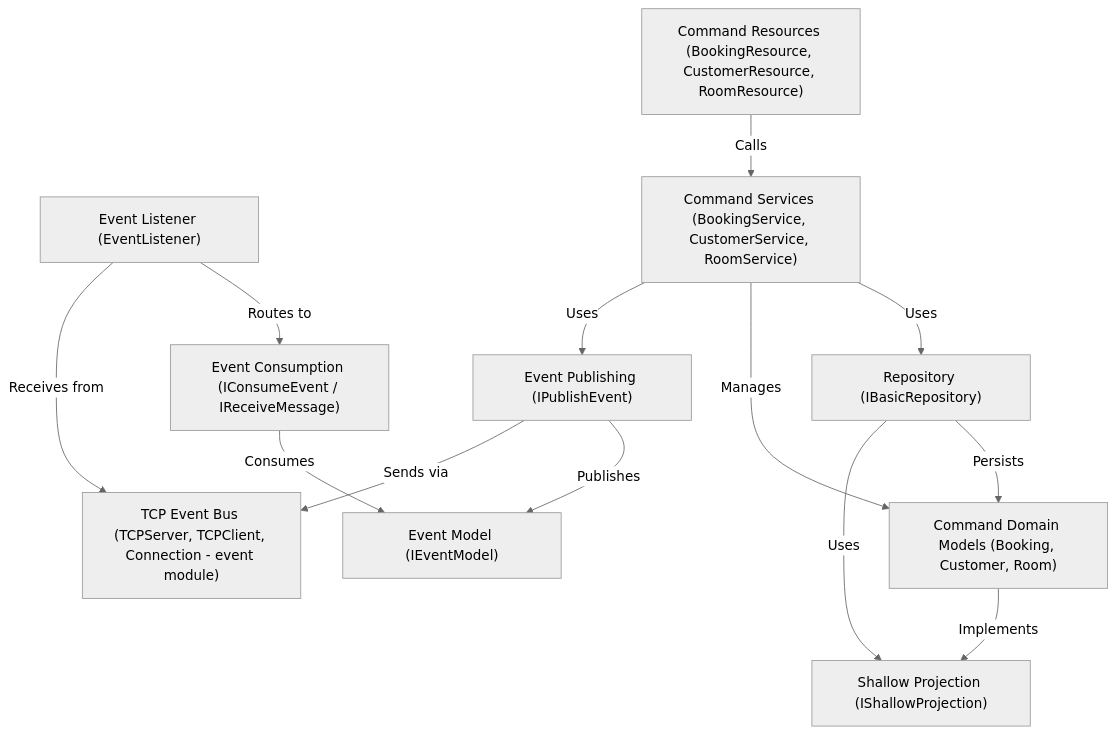
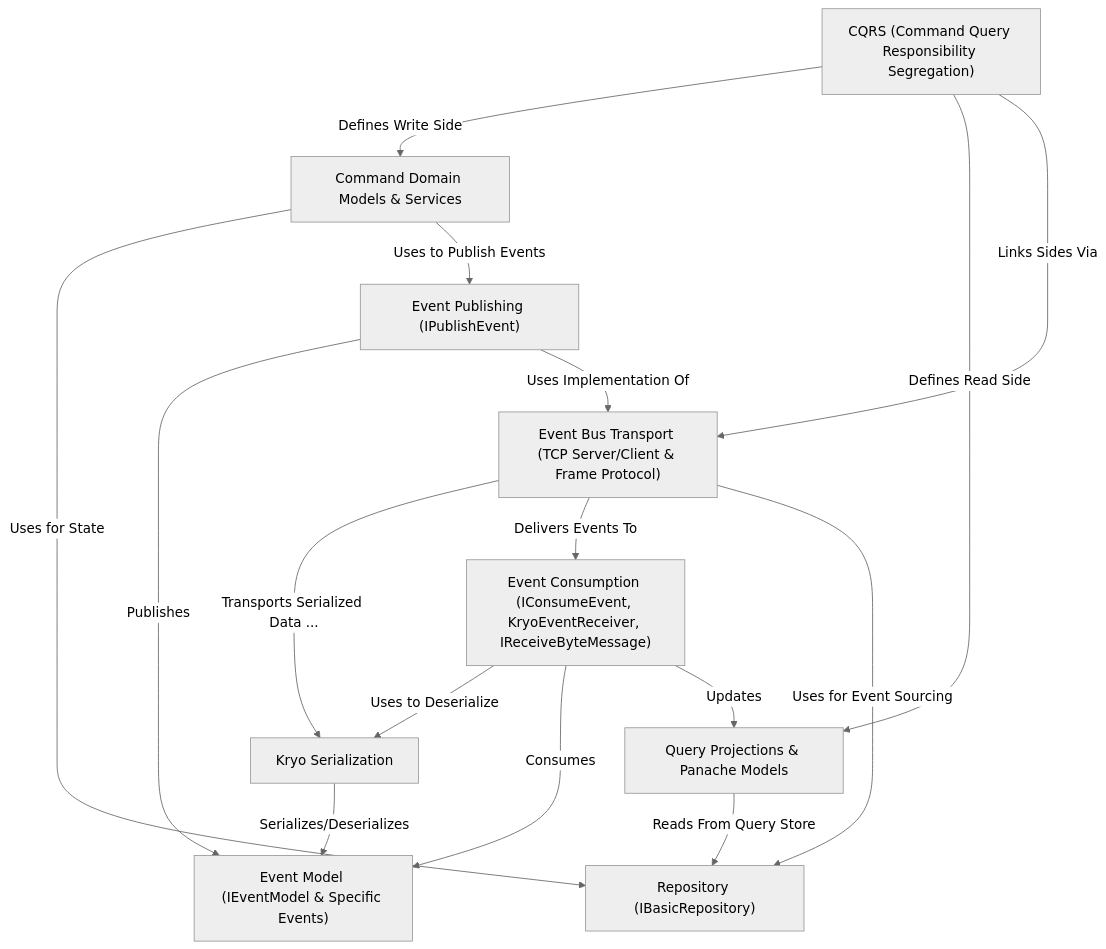
One commit to saveligulas/HotelSystem changed the diagram in docs/index.md. Above: the diagram before and after it, drawn with Mermaid (neutral theme). The commit also changed other lines of this file and 19 other files, not shown here.

````diff
--- a/docs/index.md
+++ b/docs/index.md
@@ -7,26 +8,36 @@
 ```mermaid
 flowchart TD
-    A0["Event Model (IEventModel)"]
-    A1["Event Publishing (IPublishEvent)"]
-    A2["Event Consumption (IConsumeEvent / IReceiveMessage)"]
-    A3["Event Listener (EventListener)"]
-    A4["Repository (IBasicRepository)"]
-    A5["Command Domain Models (Booking, Customer, Room)"]
-    A6["Command Services (BookingService, CustomerService, RoomService)"]
-    A7["Command Resources (BookingResource, CustomerResource, RoomResource)"]
-    A8["Shallow Projection (IShallowProjection)"]
-    A9["TCP Event Bus (TCPServer, TCPClient, Connection - event module)"]
-
-    A7 -- "Calls" --> A6
-    A6 -- "Uses" --> A4
-    A6 -- "Manages" --> A5
-    A4 -- "Persists" --> A5
-    A5 -- "Implements" --> A8
-    A4 -- "Uses" --> A8
-    A6 -- "Uses" --> A1
-    A1 -- "Publishes" --> A0
-    A2 -- "Consumes" --> A0
-    A3 -- "Routes to" --> A2
-    A1 -- "Sends via" --> A9
-    A3 -- "Receives from" --> A9
+    A0["CQRS (Command Query Responsibility Segregation)
+"]
+    A1["Event Model (IEventModel & Specific Events)
+"]
+    A2["Event Publishing (IPublishEvent)
+"]
+    A3["Event Consumption (IConsumeEvent, KryoEventReceiver, IReceiveByteMessage)
+"]
+    A4["Event Bus Transport (TCP Server/Client & Frame Protocol)
+"]
+    A5["Command Domain Models & Services
+"]
+    A6["Query Projections & Panache Models
+"]
+    A7["Repository (IBasicRepository)
+"]
+    A8["Kryo Serialization
+"]
+    A0 -- "Defines Write Side" --> A5
+    A0 -- "Defines Read Side" --> A6
+    A0 -- "Links Sides Via" --> A4
+    A5 -- "Uses for State" --> A7
+    A5 -- "Uses to Publish Events" --> A2
+    A2 -- "Publishes" --> A1
+    A2 -- "Uses Implementation Of" --> A4
+    A4 -- "Transports Serialized Data ..." --> A8
+    A4 -- "Delivers Events To" --> A3
+    A3 -- "Uses to Deserialize" --> A8
+    A3 -- "Consumes" --> A1
+    A3 -- "Updates" --> A6
+    A6 -- "Reads From Query Store" --> A7
+    A8 -- "Serializes/Deserializes" --> A1
+    A4 -- "Uses for Event Sourcing" --> A7
 ```
````
